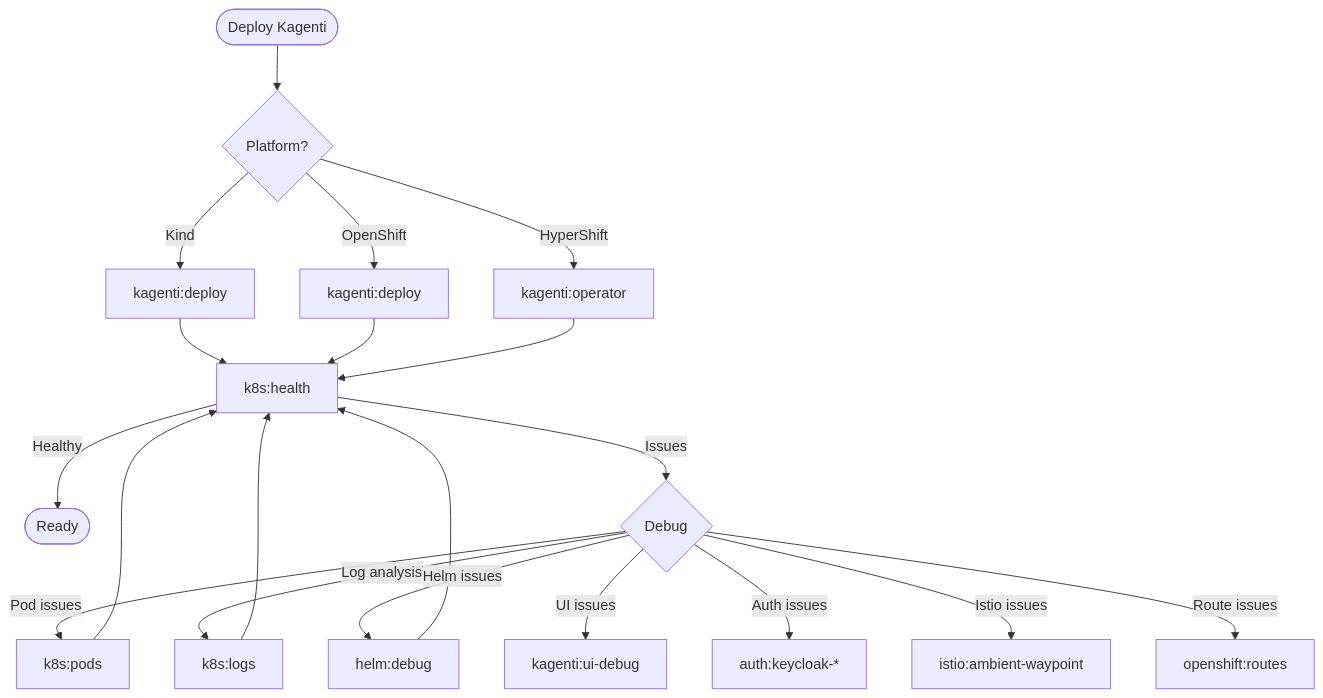
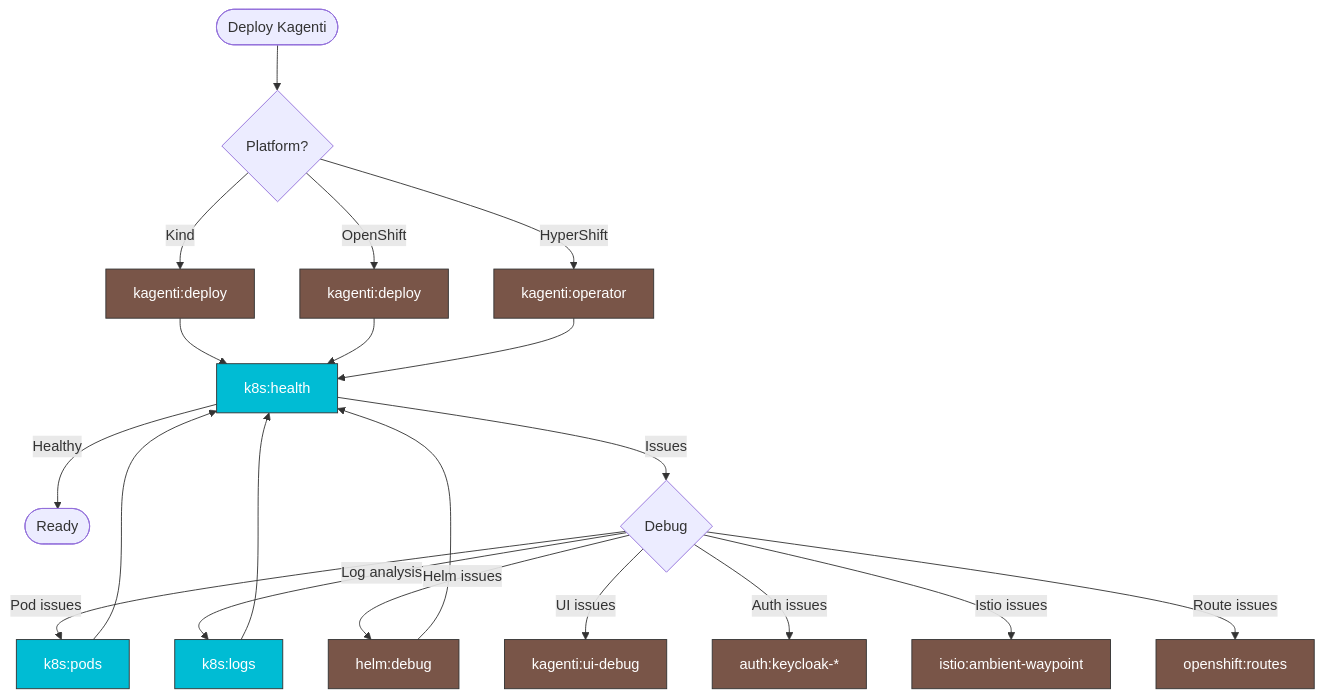
The seventh of 8 diagrams in .claude/skills/README.md (pdettori/kagenti), drawn with Mermaid before and after one commit. The commit also changed other lines of this file and 13 other files, not shown here.

First line of the commit message:
🌱 Add TOC, color-coded diagrams, cross-links, and review fixes

````diff
--- a/.claude/skills/README.md
+++ b/.claude/skills/README.md
@@ -165,25 +222,28 @@
 ```mermaid
 flowchart TD
     DEPLOY([Deploy Kagenti]) --> TYPE{Platform?}
-    TYPE -->|Kind| KDEPLOY["kagenti:deploy"]
-    TYPE -->|OpenShift| ODEPLOY["kagenti:deploy"]
-    TYPE -->|HyperShift| HSDEPLOY["kagenti:operator"]
+    TYPE -->|Kind| KDEPLOY["kagenti:deploy"]:::deploy
+    TYPE -->|OpenShift| ODEPLOY["kagenti:deploy"]:::deploy
+    TYPE -->|HyperShift| HSDEPLOY["kagenti:operator"]:::deploy
 
-    KDEPLOY --> HEALTH["k8s:health"]
+    KDEPLOY --> HEALTH["k8s:health"]:::k8s
     ODEPLOY --> HEALTH
     HSDEPLOY --> HEALTH
 
     HEALTH -->|Healthy| DONE([Ready])
     HEALTH -->|Issues| DEBUG{Debug}
-    DEBUG -->|Pod issues| PODS["k8s:pods"]
-    DEBUG -->|Log analysis| LOGS["k8s:logs"]
-    DEBUG -->|Helm issues| HELM["helm:debug"]
-    DEBUG -->|UI issues| UI["kagenti:ui-debug"]
-    DEBUG -->|Auth issues| AUTH["auth:keycloak-*"]
-    DEBUG -->|Istio issues| ISTIO["istio:ambient-waypoint"]
-    DEBUG -->|Route issues| ROUTES["openshift:routes"]
+    DEBUG -->|Pod issues| PODS["k8s:pods"]:::k8s
+    DEBUG -->|Log analysis| LOGS["k8s:logs"]:::k8s
+    DEBUG -->|Helm issues| HELM["helm:debug"]:::deploy
+    DEBUG -->|UI issues| UI["kagenti:ui-debug"]:::deploy
+    DEBUG -->|Auth issues| AUTH["auth:keycloak-*"]:::deploy
+    DEBUG -->|Istio issues| ISTIO["istio:ambient-waypoint"]:::deploy
+    DEBUG -->|Route issues| ROUTES["openshift:routes"]:::deploy
 
     PODS --> HEALTH
     LOGS --> HEALTH
     HELM --> HEALTH
+
+    classDef deploy fill:#795548,stroke:#333,color:white
+    classDef k8s fill:#00BCD4,stroke:#333,color:white
 ```
````
